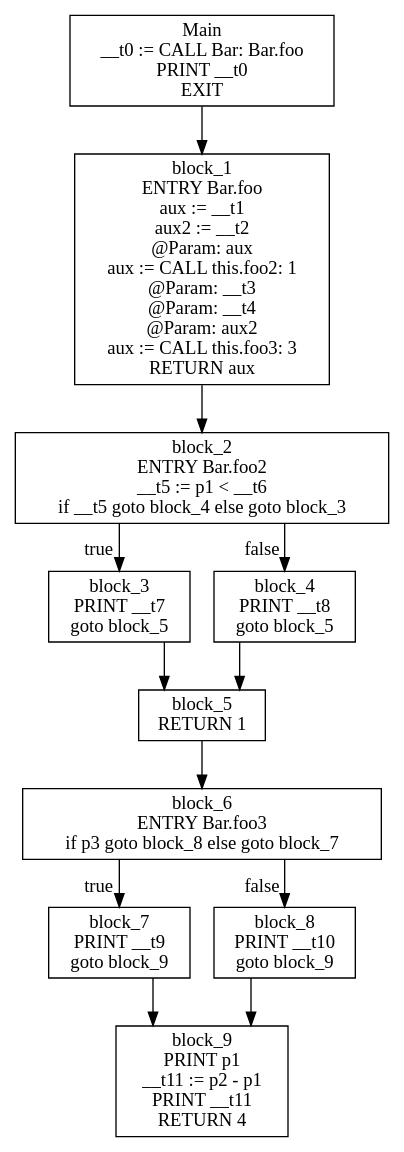
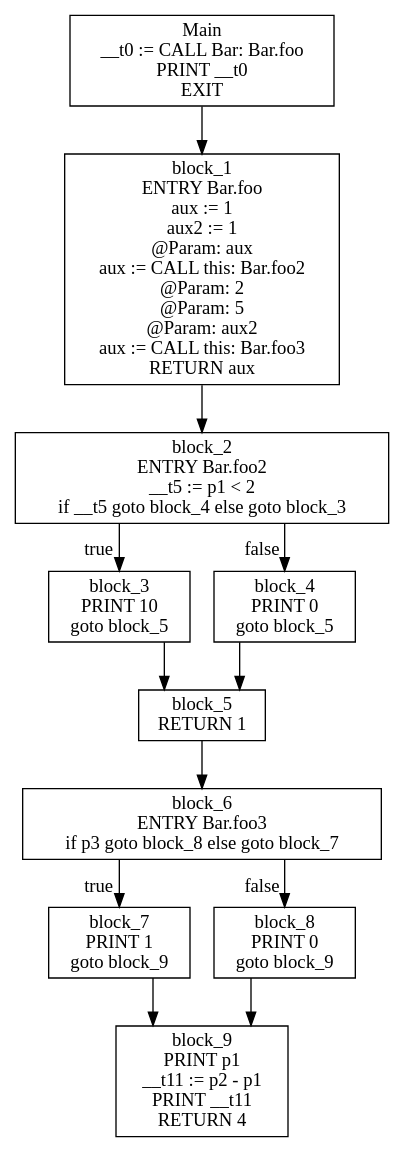
One commit to AIlhomov/Flex changed the diagram in assignment_1/getting_started/cfg.dot. Above: the diagram before and after it, drawn with Graphviz. The commit also changed 6 other files, not shown here.

```diff
--- a/assignment_1/getting_started/cfg.dot
+++ b/assignment_1/getting_started/cfg.dot
@@ -1,25 +1,25 @@
 digraph CFG {
 graph [splines=ortho];
 node [shape=box];
 Main -> block_1;
 Main [label="Main\n__t0 := CALL Bar: Bar.foo\nPRINT __t0\nEXIT\n"];
 block_1 -> block_2;
-block_1 [label="block_1\nENTRY Bar.foo\naux := __t1\naux2 := __t2\n @Param: aux\naux := CALL this.foo2: 1\n @Param: __t3\n @Param: __t4\n @Param: aux2\naux := CALL this.foo3: 3\nRETURN aux\n"];
+block_1 [label="block_1\nENTRY Bar.foo\naux := 1\naux2 := 1\n @Param: aux\naux := CALL this: Bar.foo2\n @Param: 2\n @Param: 5\n @Param: aux2\naux := CALL this: Bar.foo3\nRETURN aux\n"];
 block_2 -> block_3 [xlabel="true"];
 block_2 -> block_4 [xlabel="false"];
-block_2 [label="block_2\nENTRY Bar.foo2\n__t5 := p1 < __t6\nif __t5 goto block_4 else goto block_3\n"];
+block_2 [label="block_2\nENTRY Bar.foo2\n__t5 := p1 < 2\nif __t5 goto block_4 else goto block_3\n"];
 block_3 -> block_5;
-block_3 [label="block_3\nPRINT __t7\ngoto block_5\n"];
+block_3 [label="block_3\nPRINT 10\ngoto block_5\n"];
 block_4 -> block_5;
-block_4 [label="block_4\nPRINT __t8\ngoto block_5\n"];
+block_4 [label="block_4\nPRINT 0\ngoto block_5\n"];
 block_5 -> block_6;
 block_5 [label="block_5\nRETURN 1\n"];
 block_6 -> block_7 [xlabel="true"];
 block_6 -> block_8 [xlabel="false"];
 block_6 [label="block_6\nENTRY Bar.foo3\nif p3 goto block_8 else goto block_7\n"];
 block_7 -> block_9;
-block_7 [label="block_7\nPRINT __t9\ngoto block_9\n"];
+block_7 [label="block_7\nPRINT 1\ngoto block_9\n"];
 block_8 -> block_9;
-block_8 [label="block_8\nPRINT __t10\ngoto block_9\n"];
+block_8 [label="block_8\nPRINT 0\ngoto block_9\n"];
 block_9 [label="block_9\nPRINT p1\n__t11 := p2 - p1\nPRINT __t11\nRETURN 4\n"];
 }
```
